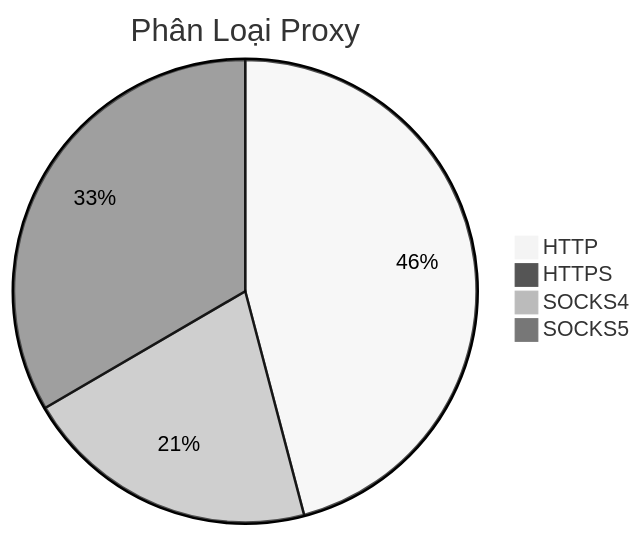
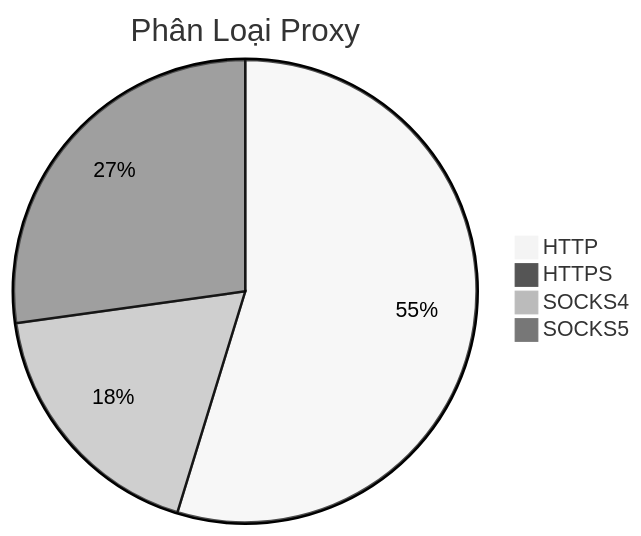
The diagram in README.md (Ciara-12/PROXY-free), drawn with Mermaid (neutral theme) before and after one commit. The commit also changed other lines of this file and 4 other files, not shown here.

````diff
--- a/README.md
+++ b/README.md
@@ -26,7 +26,7 @@
 ```mermaid
 pie title Phân Loại Proxy
-    "HTTP" : 426
-    "HTTPS" : 0
-    "SOCKS4" : 192
-    "SOCKS5" : 310
+    "HTTP" : 664
+    "HTTPS" : 2
+    "SOCKS4" : 219
+    "SOCKS5" : 330
 ```
````
